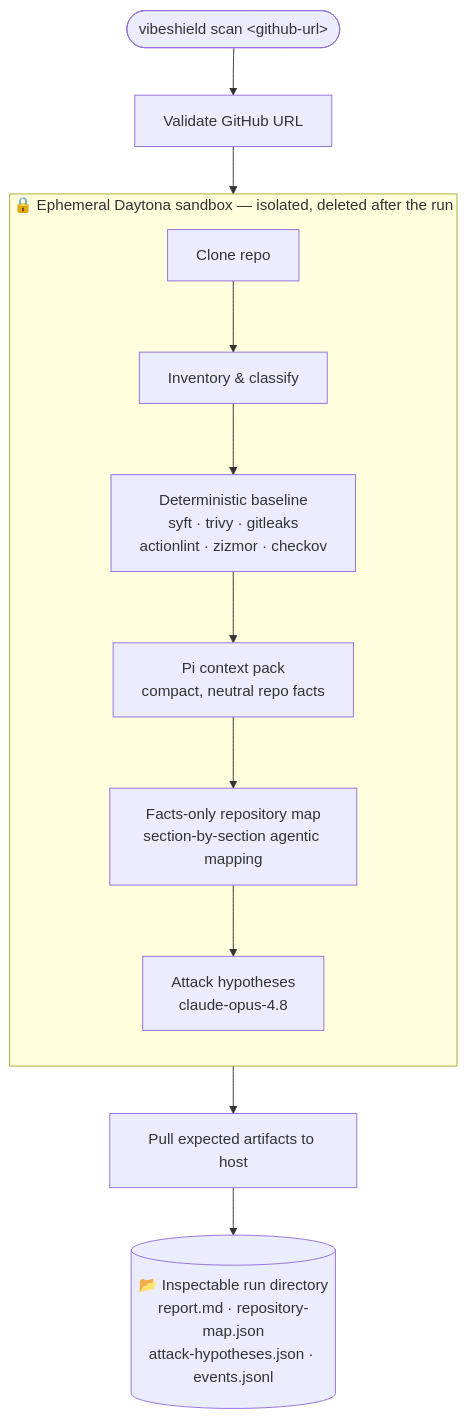
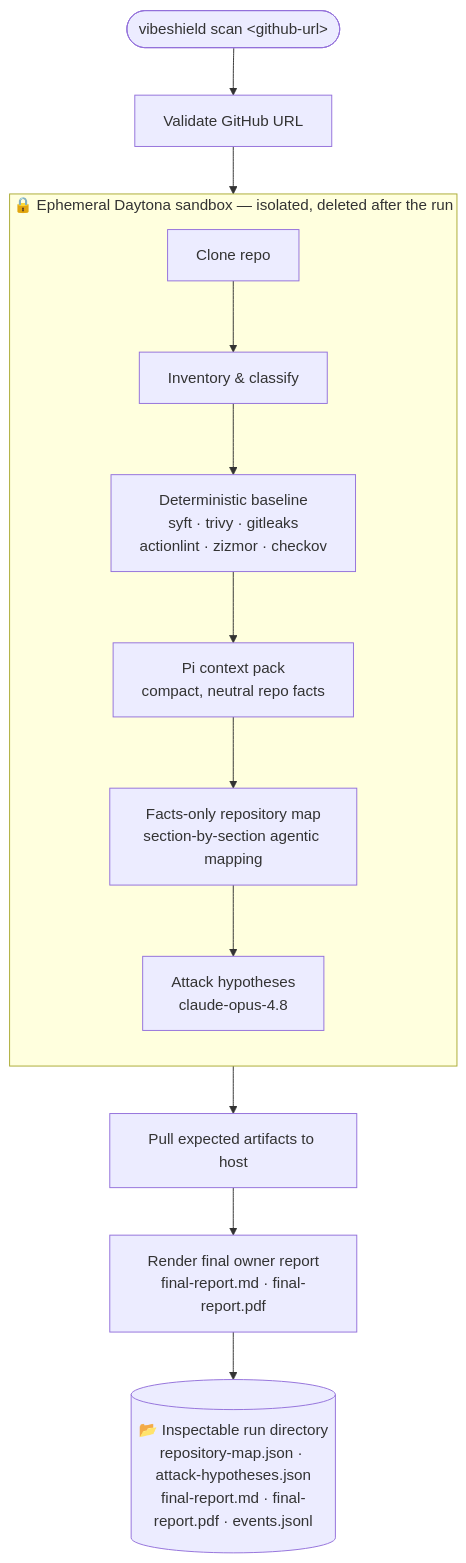
One commit to nuanu-ai/vibeshield changed the diagram in README.md. Above: the diagram before and after it, drawn with Mermaid. The commit also changed other lines of this file and 10 other files, not shown here.

Commit message:
feat: render final security reports

````diff
--- a/README.md
+++ b/README.md
@@ -55,17 +55,18 @@
 ```mermaid
 flowchart TD
     A(["vibeshield scan &lt;github-url&gt;"]) --> V[Validate GitHub URL]
     V --> SBX
 
     subgraph SBX ["🔒 Ephemeral Daytona sandbox — isolated, deleted after the run"]
         direction TB
         C[Clone repo] --> I[Inventory & classify]
         I --> B["Deterministic baseline<br/>syft · trivy · gitleaks<br/>actionlint · zizmor · checkov"]
         B --> P["Pi context pack<br/>compact, neutral repo facts"]
         P --> M["Facts-only repository map<br/>section-by-section agentic mapping"]
         M --> H["Attack hypotheses<br/>claude-opus-4.8"]
     end
 
     H --> PULL[Pull expected artifacts to host]
-    PULL --> R[("📂 Inspectable run directory<br/>report.md · repository-map.json<br/>attack-hypotheses.json · events.jsonl")]
+    PULL --> RPT["Render final owner report<br/>final-report.md · final-report.pdf"]
+    RPT --> R[("📂 Inspectable run directory<br/>repository-map.json · attack-hypotheses.json<br/>final-report.md · final-report.pdf · events.jsonl")]
 ```
````
